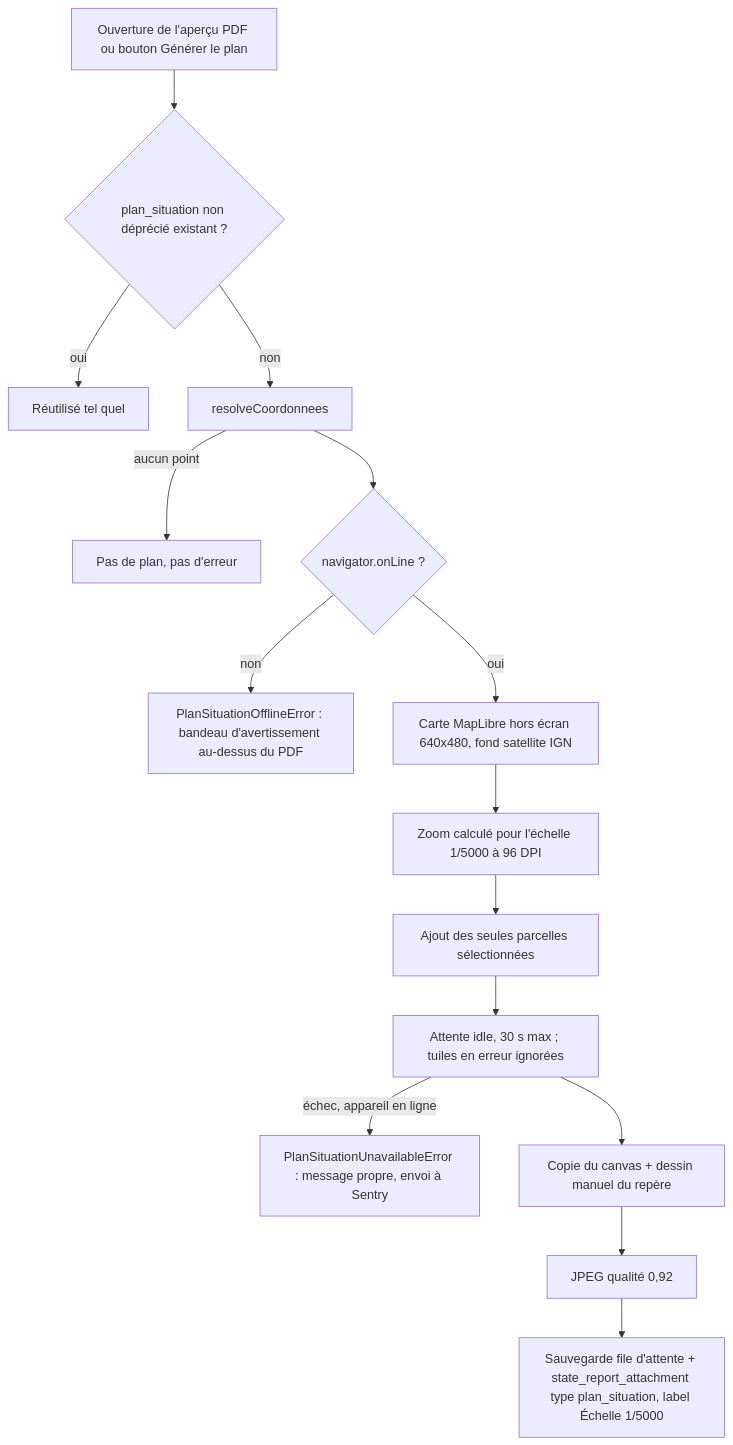
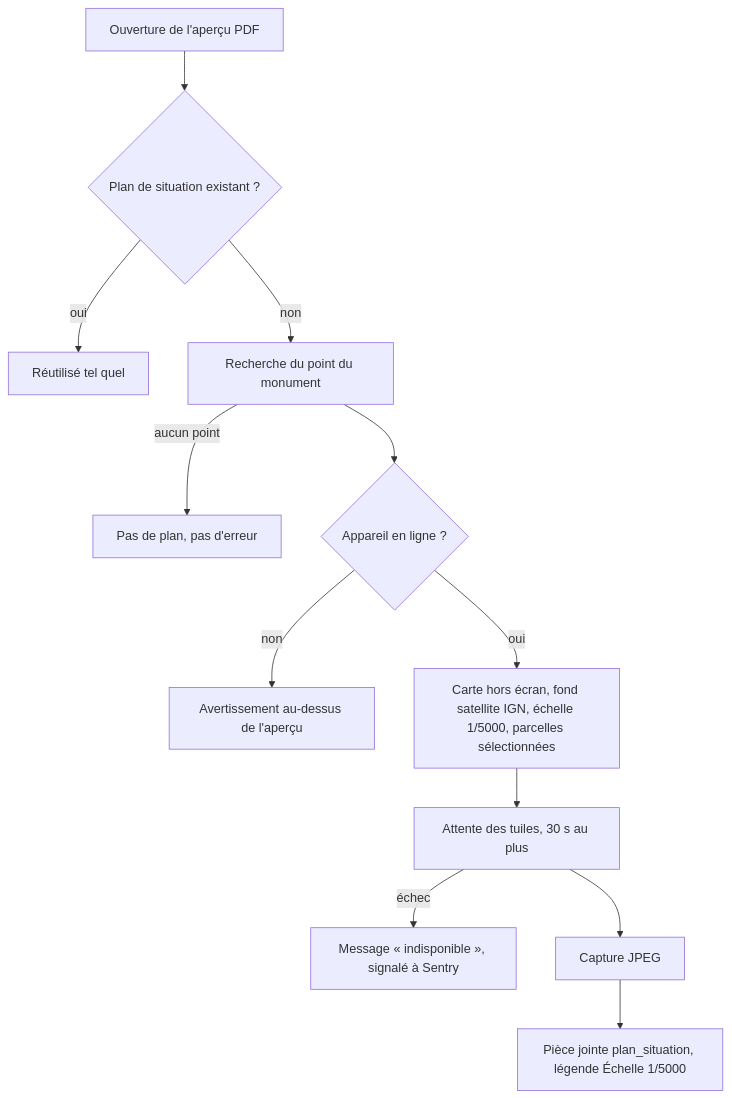
Before and after one commit to betagouv/patrinotes: the third of 4 diagrams in docs/09-documents-pdf-cartes-emails.md, drawn with Mermaid. The commit also changed other lines of this file and 19 other files, not shown here.

````diff
--- a/docs/09-documents-pdf-cartes-emails.md
+++ b/docs/09-documents-pdf-cartes-emails.md
@@ -249,17 +157,14 @@
 ```mermaid
 flowchart TD
-    A["Ouverture de l'aperçu PDF ou bouton Générer le plan"] --> B{"plan_situation non déprécié existant ?"}
+    A["Ouverture de l'aperçu PDF"] --> B{"Plan de situation existant ?"}
     B -- oui --> Z["Réutilisé tel quel"]
-    B -- non --> C["resolveCoordonnees"]
+    B -- non --> C["Recherche du point du monument"]
     C -- "aucun point" --> Y["Pas de plan, pas d'erreur"]
-    C --> D{"navigator.onLine ?"}
-    D -- non --> X["PlanSituationOfflineError : bandeau d'avertissement au-dessus du PDF"]
-    D -- oui --> E["Carte MapLibre hors écran 640x480, fond satellite IGN"]
-    E --> F["Zoom calculé pour l'échelle 1/5000 à 96 DPI"]
-    F --> G["Ajout des seules parcelles sélectionnées"]
-    G --> H["Attente idle, 30 s max ; tuiles en erreur ignorées"]
-    H -- "échec, appareil en ligne" --> W["PlanSituationUnavailableError : message propre, envoi à Sentry"]
-    H --> I["Copie du canvas + dessin manuel du repère"]
-    I --> J["JPEG qualité 0,92"]
-    J --> K["Sauvegarde file d'attente + state_report_attachment type plan_situation, label Échelle 1/5000"]
+    C --> D{"Appareil en ligne ?"}
+    D -- non --> X["Avertissement au-dessus de l'aperçu"]
+    D -- oui --> E["Carte hors écran, fond satellite IGN, échelle 1/5000, parcelles sélectionnées"]
+    E --> H["Attente des tuiles, 30 s au plus"]
+    H -- "échec" --> W["Message « indisponible », signalé à Sentry"]
+    H --> J["Capture JPEG"]
+    J --> K["Pièce jointe plan_situation, légende Échelle 1/5000"]
 ```
````
